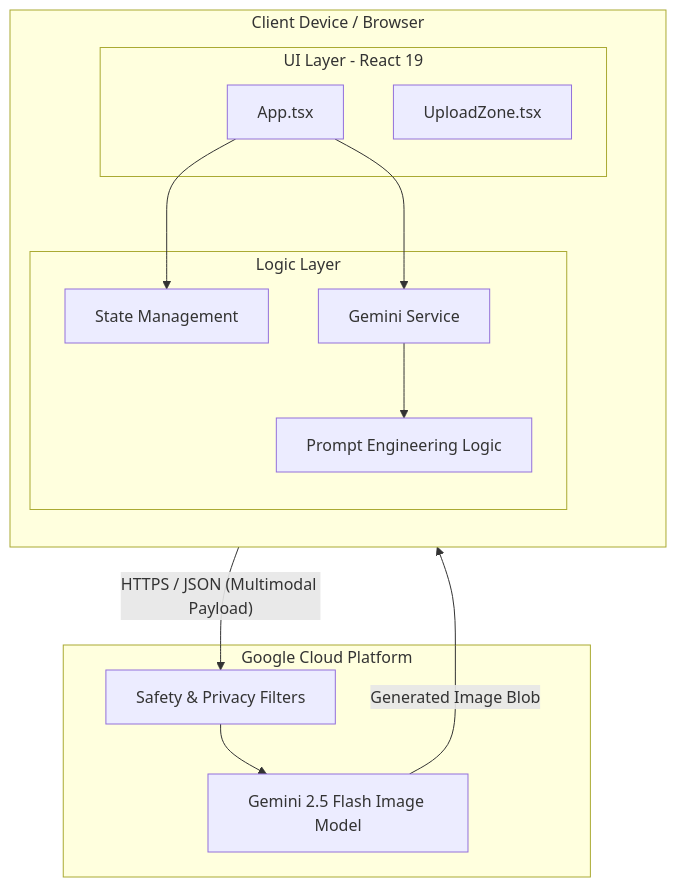
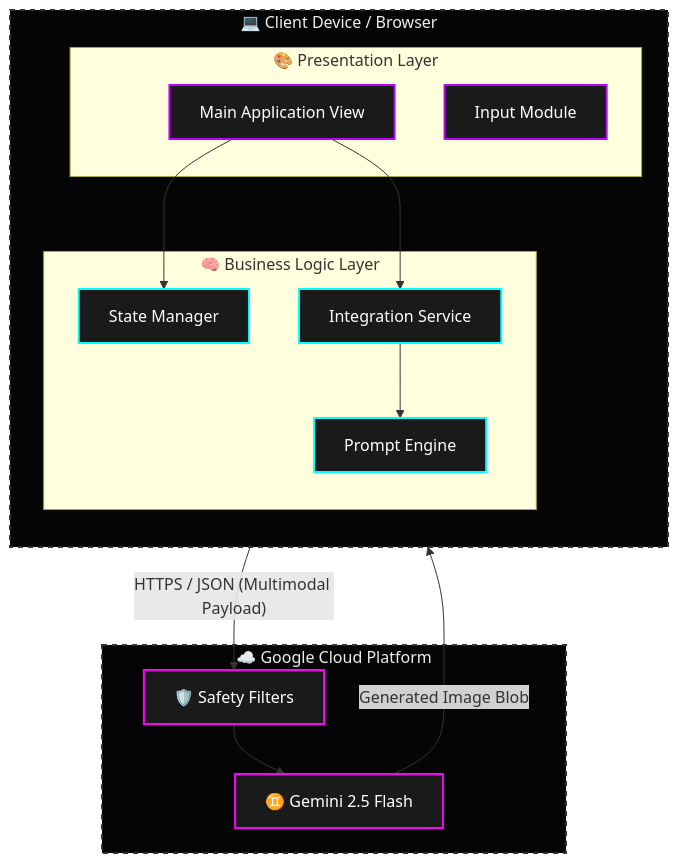
The first of 2 diagrams in post/blog.md (abhivickyvyas/squad-mix-ai), drawn with Mermaid before and after one commit. The commit also changed 3 other files, not shown here.

First line of the commit message:
feat: Update README and architecture diagrams

````diff
--- a/post/blog.md
+++ b/post/blog.md
@@ -24,31 +24,40 @@
 ```mermaid
 graph TB
-    subgraph Client_Device [Client Device / Browser]
+    %% Styles
+    classDef ui fill:#1a1a1a,stroke:#bd00ff,stroke-width:2px,color:#fff
+    classDef logic fill:#1a1a1a,stroke:#00ffff,stroke-width:2px,color:#fff
+    classDef cloud fill:#1a1a1a,stroke:#ff00ff,stroke-width:2px,color:#fff
+    classDef container fill:#050505,stroke:#333,stroke-width:2px,stroke-dasharray: 5 5,color:#eee
+
+    subgraph Client_Device ["💻 Client Device / Browser"]
         direction TB
         
-        subgraph UI_Layer [UI Layer - React 19]
-            AppComponent[App.tsx]
-            UploadZone[UploadZone.tsx]
+        subgraph UI_Layer ["🎨 Presentation Layer"]
+            CoreUI["Main Application View"]:::ui
+            InputMod["Input Module"]:::ui
         end
         
-        subgraph Logic_Layer [Logic Layer]
-            State[State Management]
-            Service[Gemini Service]
-            PromptEng[Prompt Engineering Logic]
+        subgraph Logic_Layer ["🧠 Business Logic Layer"]
+            StateManager["State Manager"]:::logic
+            APIService["Integration Service"]:::logic
+            PromptEng["Prompt Engine"]:::logic
         end
     end
     
-    subgraph Cloud_Infrastructure [Google Cloud Platform]
-        GeminiModel[Gemini 2.5 Flash Image Model]
-        SafetyFilters[Safety & Privacy Filters]
+    subgraph Cloud_Infrastructure ["☁️ Google Cloud Platform"]
+        GeminiModel["♊ Gemini 2.5 Flash"]:::cloud
+        SafetyFilters["🛡️ Safety Filters"]:::cloud
     end
     
-    AppComponent --> State
-    AppComponent --> Service
+    %% Applying Container Styles
+    class Client_Device,Cloud_Infrastructure container
     
-    Service --> PromptEng
+    CoreUI --> StateManager
+    CoreUI --> APIService
     
-    Service -- "HTTPS / JSON (Multimodal Payload)" --> SafetyFilters
+    APIService --> PromptEng
+    
+    APIService -- "HTTPS / JSON (Multimodal Payload)" --> SafetyFilters
     SafetyFilters --> GeminiModel
-    GeminiModel -- "Generated Image Blob" --> Service
+    GeminiModel -- "Generated Image Blob" --> APIService
 ```
````
